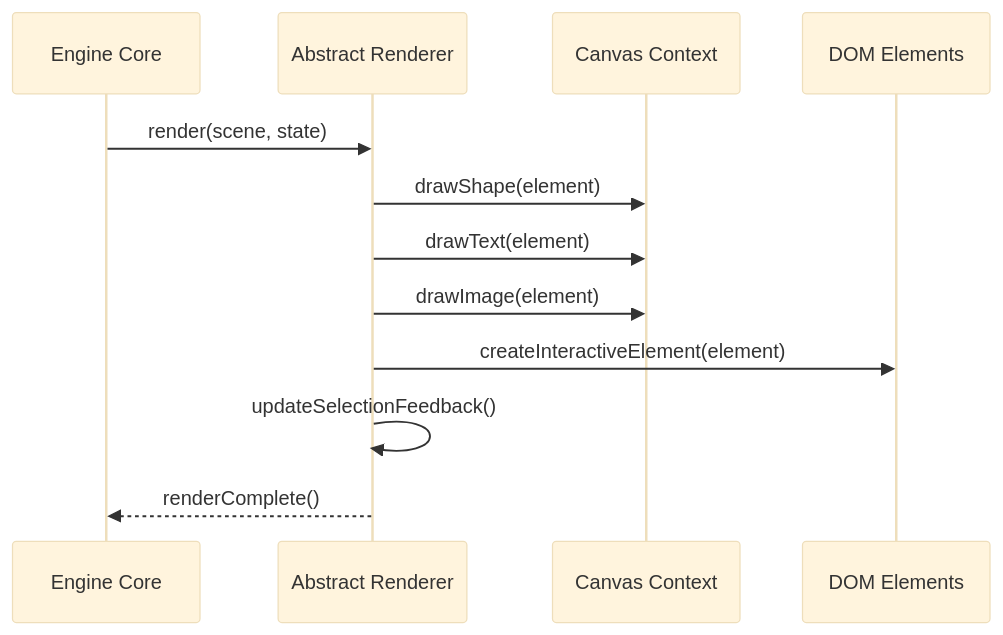
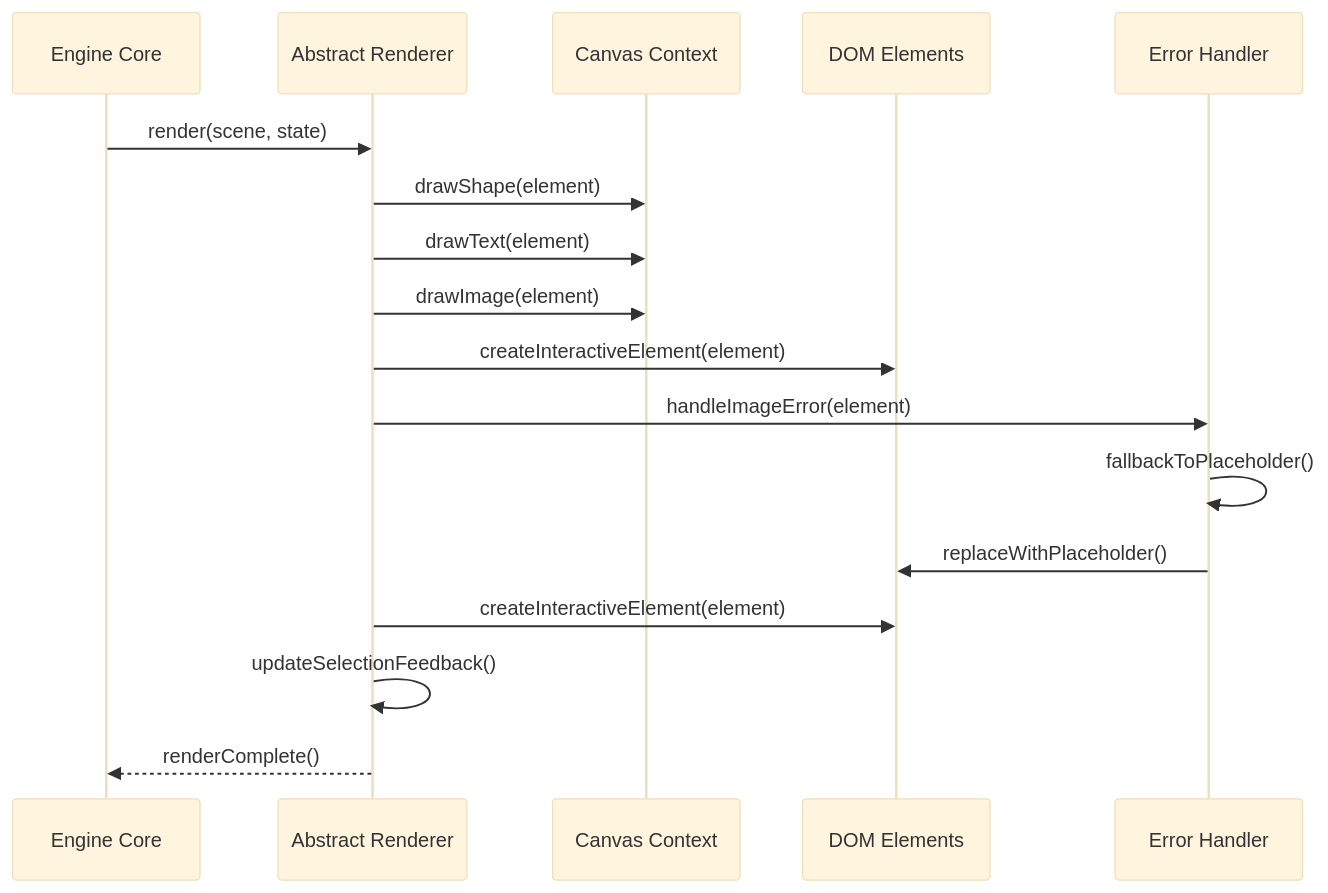
One commit to Anna0314zy/ai_editor_enginer changed the fourth of 7 diagrams in .qoder/repowiki/en/content/Rendering System/Canvas Renderer Integration Plans.md. Above: the diagram before and after it, drawn with Mermaid (base theme). The commit also changed other lines of this file and 44 other files, not shown here.

````diff
--- a/.qoder/repowiki/en/content/Rendering System/Canvas Renderer Integration Plans.md
+++ b/.qoder/repowiki/en/content/Rendering System/Canvas Renderer Integration Plans.md
@@ -238,14 +273,19 @@
 ```mermaid
 sequenceDiagram
 participant Engine as Engine Core
 participant Renderer as Abstract Renderer
 participant Canvas as Canvas Context
 participant DOM as DOM Elements
+participant ErrorHandler as Error Handler
 Engine->>Renderer : render(scene, state)
 Renderer->>Canvas : drawShape(element)
 Renderer->>Canvas : drawText(element)
 Renderer->>Canvas : drawImage(element)
 Renderer->>DOM : createInteractiveElement(element)
+Renderer->>ErrorHandler : handleImageError(element)
+ErrorHandler->>ErrorHandler : fallbackToPlaceholder()
+ErrorHandler->>DOM : replaceWithPlaceholder()
+Renderer->>DOM : createInteractiveElement(element)
 Renderer->>Renderer : updateSelectionFeedback()
 Renderer-->>Engine : renderComplete()
 ```
````
